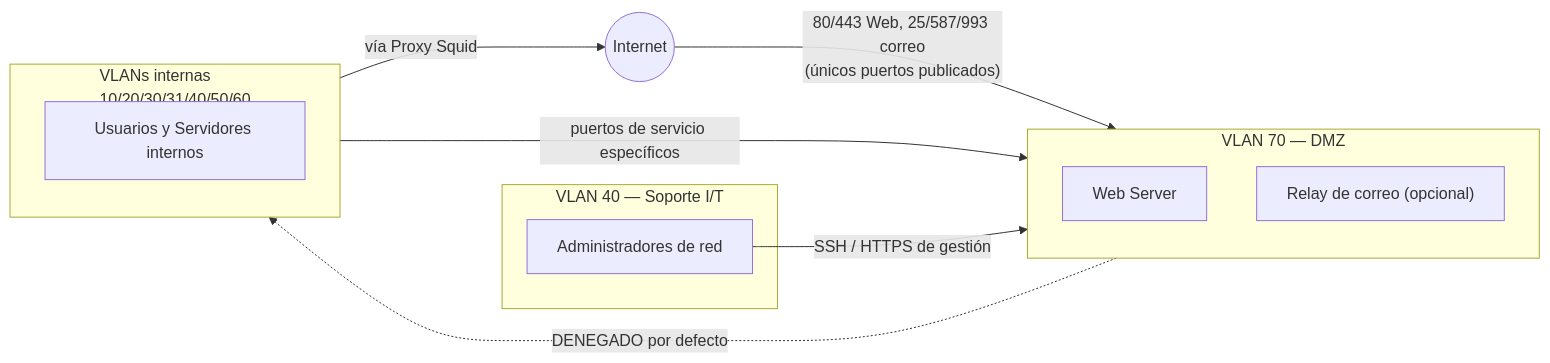
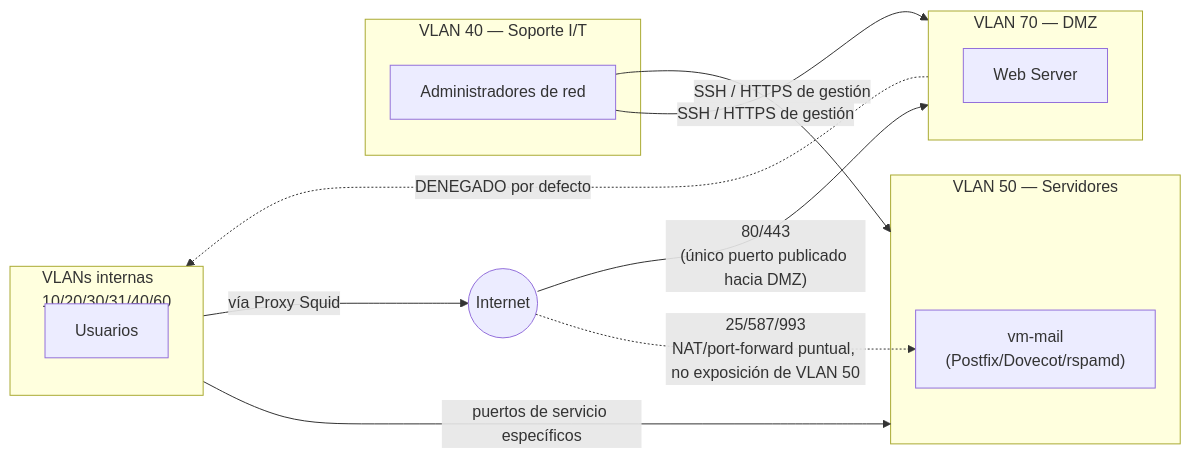
Before and after one commit to Samuel-s-Proyects/Redes-Proyecto-Final: the diagram in Fase-3-LAN-WAN-VPN-Seguridad/03-Fase3-LAN-WAN-VPN-Seguridad.md, drawn with Mermaid. The commit also changed other lines of this file and 4 other files, not shown here.

````diff
--- a/Fase-3-LAN-WAN-VPN-Seguridad/03-Fase3-LAN-WAN-VPN-Seguridad.md
+++ b/Fase-3-LAN-WAN-VPN-Seguridad/03-Fase3-LAN-WAN-VPN-Seguridad.md
@@ -55,23 +56,28 @@
 ```mermaid
 flowchart LR
     INT(("Internet"))
 
     subgraph DMZ["VLAN 70 — DMZ"]
         WEB["Web Server"]
-        RELAY["Relay de correo (opcional)"]
     end
 
-    subgraph LANINT["VLANs internas\n10/20/30/31/40/50/60"]
-        USERS["Usuarios y Servidores internos"]
+    subgraph LANINT["VLANs internas\n10/20/30/31/40/60"]
+        USERS["Usuarios"]
+    end
+
+    subgraph SRV["VLAN 50 — Servidores"]
+        MAILVM["vm-mail\n(Postfix/Dovecot/rspamd)"]
     end
 
     subgraph SOPORTE["VLAN 40 — Soporte I/T"]
         ADMIN["Administradores de red"]
     end
 
-    INT -->|"80/443 Web, 25/587/993 correo\n(únicos puertos publicados)"| DMZ
+    INT -->|"80/443\n(único puerto publicado hacia DMZ)"| DMZ
+    INT -.->|"25/587/993\nNAT/port-forward puntual, no exposición de VLAN 50"| MAILVM
     DMZ -.->|"DENEGADO por defecto"| LANINT
-    LANINT -->|"puertos de servicio específicos"| DMZ
+    LANINT -->|"puertos de servicio específicos"| SRV
     ADMIN -->|"SSH / HTTPS de gestión"| DMZ
+    ADMIN -->|"SSH / HTTPS de gestión"| SRV
     LANINT -->|"vía Proxy Squid"| INT
 ```
````
